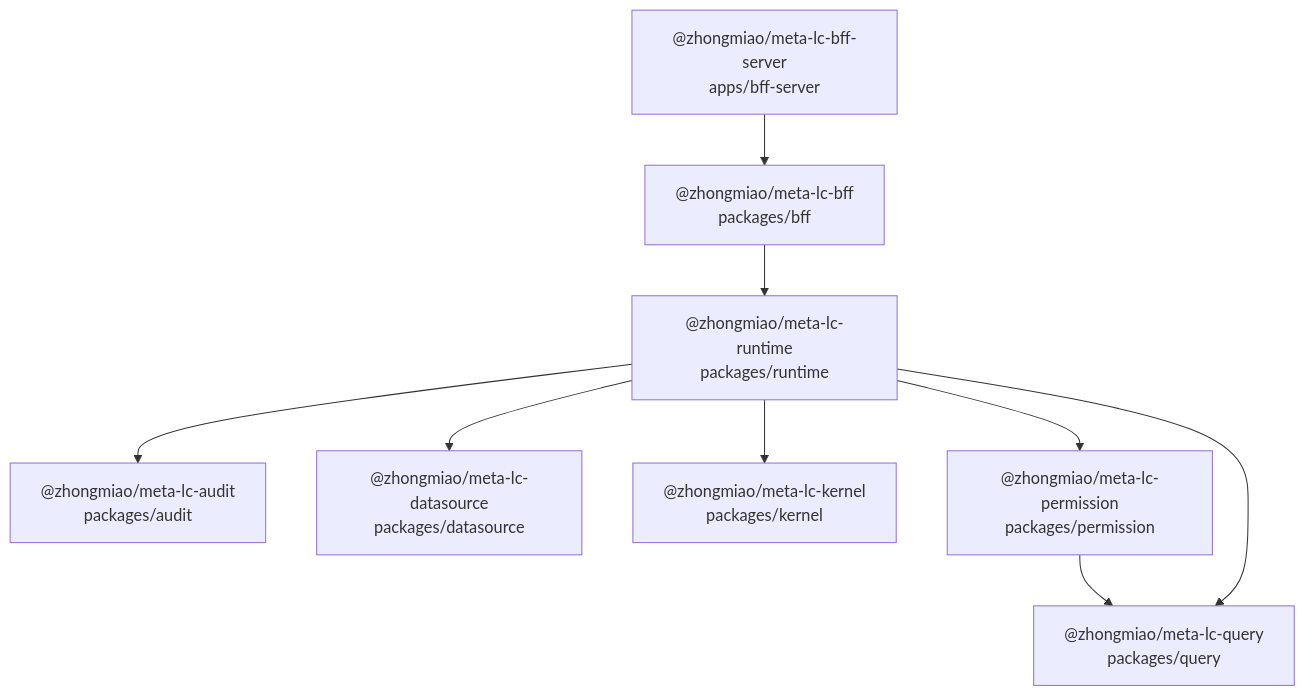
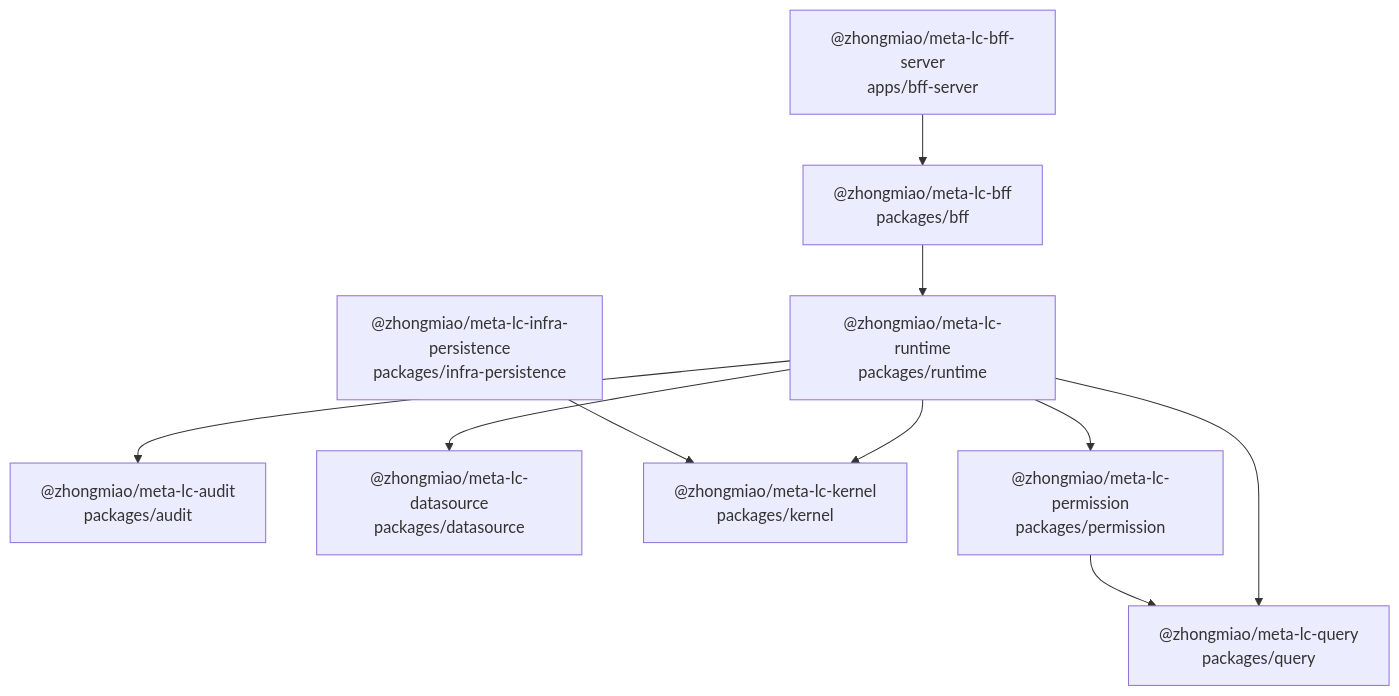
The first of 3 diagrams in docs/package-dependency-topology.md (zhongmiao-org/meta-lc-platform), drawn with Mermaid before and after one commit. The commit also changed other lines of this file and 311 other files, not shown here.

````diff
--- a/docs/package-dependency-topology.md
+++ b/docs/package-dependency-topology.md
@@ -19,20 +19,22 @@
 ```mermaid
 flowchart TD
   bff_server["@zhongmiao/meta-lc-bff-server<br/>apps/bff-server"]
   audit["@zhongmiao/meta-lc-audit<br/>packages/audit"]
   bff["@zhongmiao/meta-lc-bff<br/>packages/bff"]
   datasource["@zhongmiao/meta-lc-datasource<br/>packages/datasource"]
+  infra_persistence["@zhongmiao/meta-lc-infra-persistence<br/>packages/infra-persistence"]
   kernel["@zhongmiao/meta-lc-kernel<br/>packages/kernel"]
   permission["@zhongmiao/meta-lc-permission<br/>packages/permission"]
   query["@zhongmiao/meta-lc-query<br/>packages/query"]
   runtime["@zhongmiao/meta-lc-runtime<br/>packages/runtime"]
 
   bff --> runtime
   bff_server --> bff
+  infra_persistence --> kernel
   permission --> query
   runtime --> audit
   runtime --> datasource
   runtime --> kernel
   runtime --> permission
   runtime --> query
 ```
````
